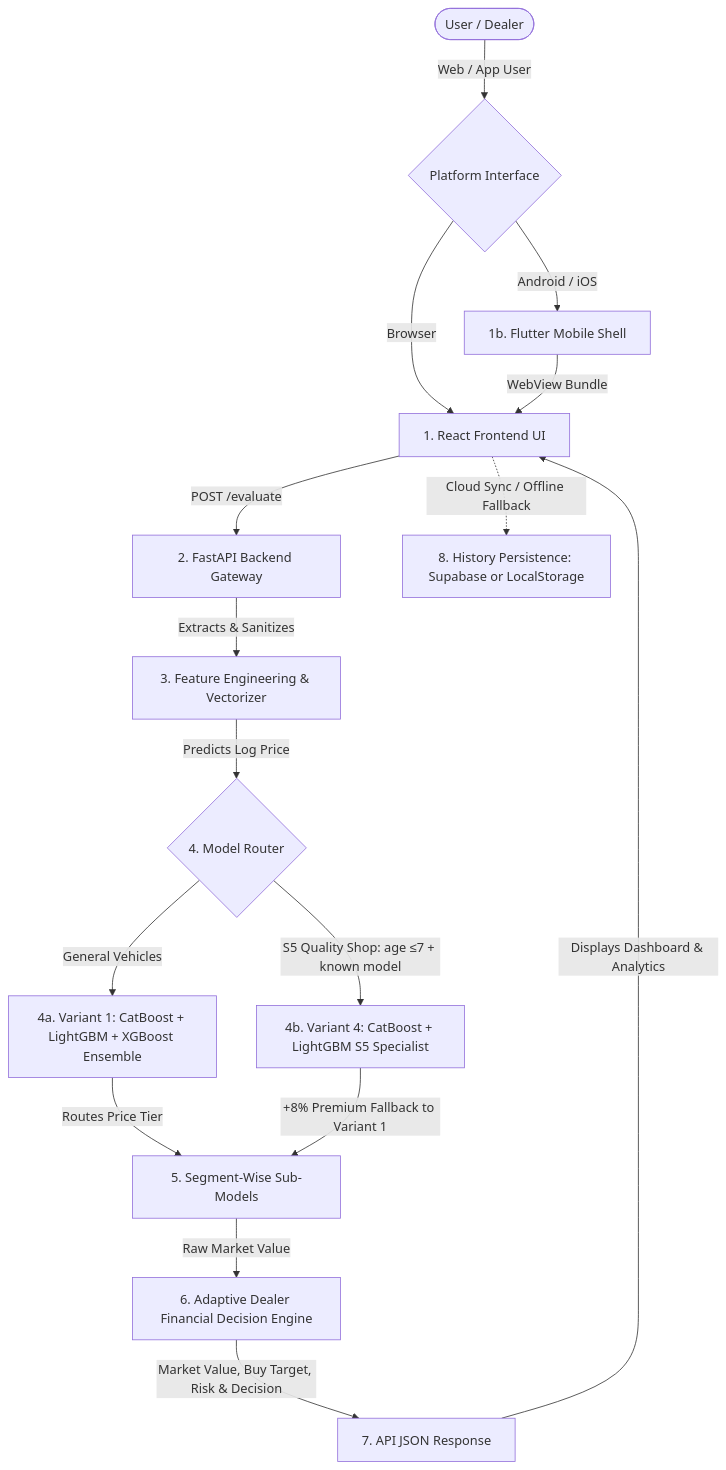
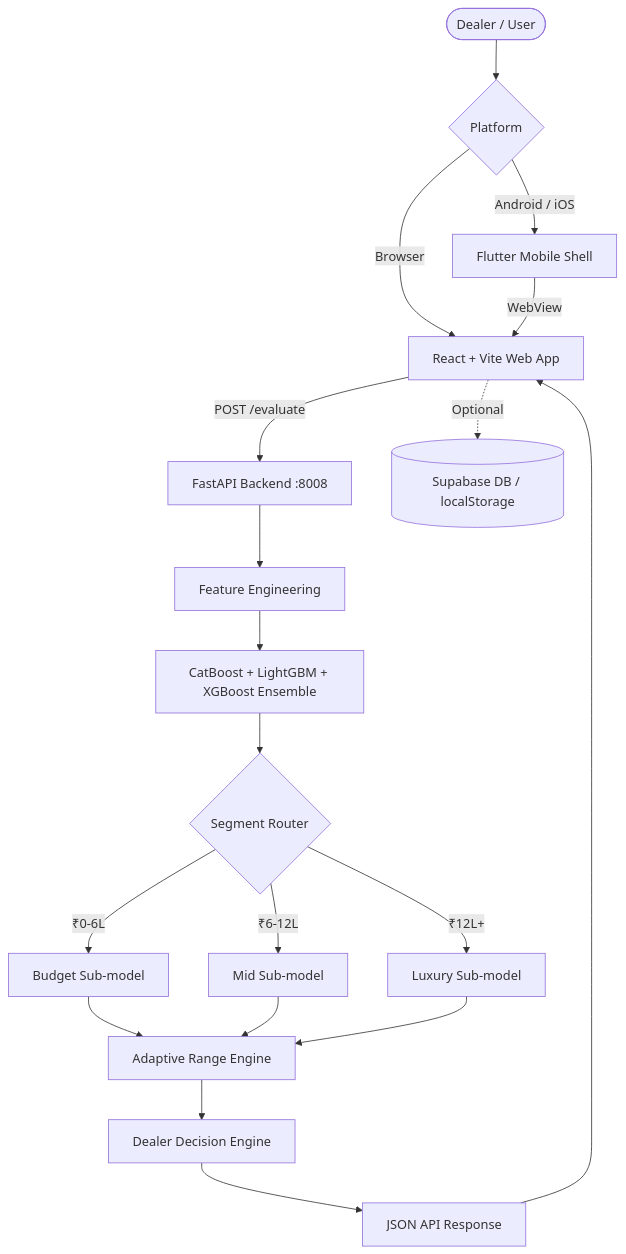
One commit to Hars03082005/Autopricer changed the diagram in README.md. Above: the diagram before and after it, drawn with Mermaid. The commit also changed other lines of this file and 104 other files, not shown here.

Commit message:
feat: updated ML valuation engine, adaptive range engine, dataset splits, tests, and config

````diff
--- a/README.md
+++ b/README.md
@@ -13,18 +11,19 @@
 ```mermaid
 graph TD
-    User([User / Dealer]) -->|Web / App User| UISelector{Platform Interface}
-    UISelector -->|Browser| Frontend[1. React Frontend UI]
-    UISelector -->|Android / iOS| MobileApp[1b. Flutter Mobile Shell]
-    MobileApp -->|WebView Bundle| Frontend
-    Frontend -->|POST /evaluate| FastAPI[2. FastAPI Backend Gateway]
-    FastAPI -->|Extracts & Sanitizes| FE[3. Feature Engineering & Vectorizer]
-    FE -->|Predicts Log Price| ModelRouter{4. Model Router}
-    ModelRouter -->|General Vehicles| Ensemble[4a. Variant 1: CatBoost + LightGBM + XGBoost Ensemble]
-    ModelRouter -->|S5 Quality Shop: age ≤7 + known model| S5Model[4b. Variant 4: CatBoost + LightGBM S5 Specialist]
-    Ensemble -->|Routes Price Tier| SegRouting[5. Segment-Wise Sub-Models]
-    S5Model -->|+8% Premium Fallback to Variant 1| SegRouting
-    SegRouting -->|Raw Market Value| Decision[6. Adaptive Dealer Financial Decision Engine]
-    Decision -->|Market Value, Buy Target, Risk & Decision| APIResp[7. API JSON Response]
-    APIResp -->|Displays Dashboard & Analytics| Frontend
-    Frontend -.->|Cloud Sync / Offline Fallback| Sync[8. History Persistence: Supabase or LocalStorage]
+    User([Dealer / User]) --> UISelector{Platform}
+    UISelector -->|Browser| Frontend[React + Vite Web App]
+    UISelector -->|Android / iOS| Mobile[Flutter Mobile Shell]
+    Mobile -->|WebView| Frontend
+    Frontend -->|POST /evaluate| FastAPI[FastAPI Backend :8008]
+    FastAPI --> FE[Feature Engineering]
+    FE --> Ensemble[CatBoost + LightGBM + XGBoost Ensemble]
+    Ensemble --> SegRouter{Segment Router}
+    SegRouter -->|₹0-6L| Seg1[Budget Sub-model]
+    SegRouter -->|₹6-12L| Seg2[Mid Sub-model]
+    SegRouter -->|₹12L+| Seg3[Luxury Sub-model]
+    Seg1 & Seg2 & Seg3 --> RangeEngine[Adaptive Range Engine]
+    RangeEngine --> DecisionEngine[Dealer Decision Engine]
+    DecisionEngine --> Response[JSON API Response]
+    Response --> Frontend
+    Frontend -.->|Optional| Supabase[(Supabase DB / localStorage)]
 ```
````
